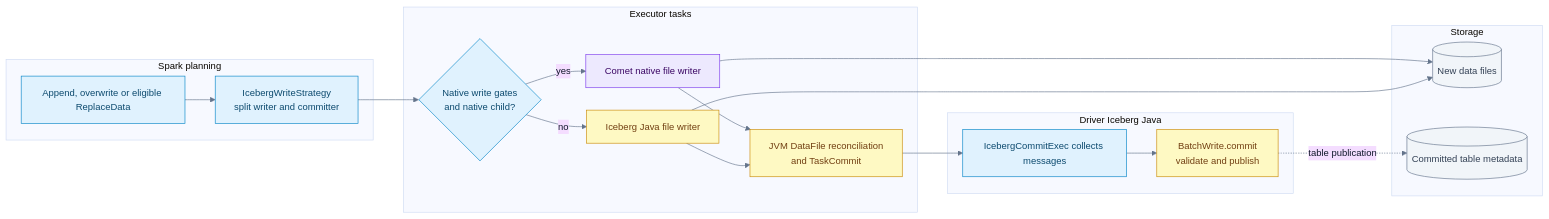
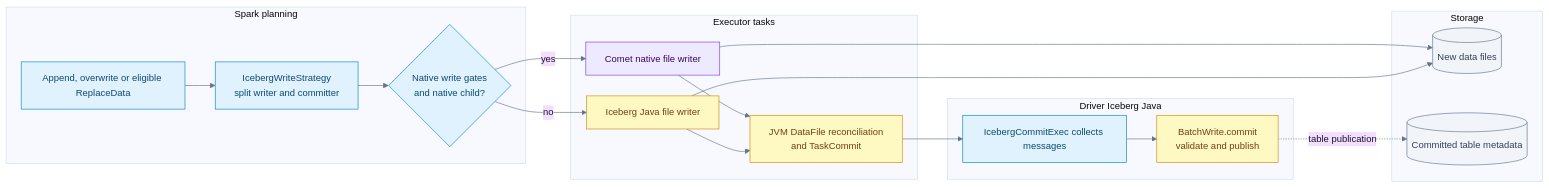
One commit to Shekharrajak/iceberg-notes changed the first of 3 diagrams in iceberg-batch-pipeline/06-iceberg-write.md. Above: the diagram before and after it, drawn with Mermaid. The commit also changed other lines of this file and 72 other files, not shown here.

````diff
--- a/iceberg-batch-pipeline/06-iceberg-write.md
+++ b/iceberg-batch-pipeline/06-iceberg-write.md
@@ -15,38 +15,37 @@
 ```mermaid
 %%{init: {"theme":"base","flowchart":{"curve":"basis","nodeSpacing":33,"rankSpacing":48},"themeVariables":{"fontFamily":"Ubuntu, Arial, sans-serif","fontSize":"15px","primaryTextColor":"#0f172a","lineColor":"#64748b"}}}%%
 flowchart LR
   subgraph DRIVER["Spark planning"]
     L["Append, overwrite or eligible ReplaceData"]
     S["IcebergWriteStrategy<br/>split writer and committer"]
-    L --> S
+    G{"Native write gates<br/>and native child?"}
+    L --> S --> G
   end
   subgraph EXEC["Executor tasks"]
-    G{"Native write gates<br/>and native child?"}
     N["Comet native file writer"]
     J["Iceberg Java file writer"]
     A["JVM DataFile reconciliation<br/>and TaskCommit"]
-    S --> G
     G -- "yes" --> N --> A
     G -- "no" --> J --> A
   end
   subgraph COMMIT["Driver Iceberg Java"]
     C["IcebergCommitExec collects messages"]
     BW["BatchWrite.commit<br/>validate and publish"]
     A --> C --> BW
   end
   subgraph STORE["Storage"]
     D[("New data files")]
     M[("Committed table metadata")]
     N --> D
     J --> D
     BW -. "table publication" .-> M
   end
   classDef spark fill:#e0f2fe,stroke:#0284c7,color:#0c4a6e
   classDef native fill:#ede9fe,stroke:#7c3aed,color:#3b0764
   classDef ice fill:#fef9c3,stroke:#ca8a04,color:#713f12
   classDef store fill:#f1f5f9,stroke:#64748b,color:#334155
   class L,S,G,C spark
   class N native
   class J,A,BW ice
   class D,M store
 ```
````
